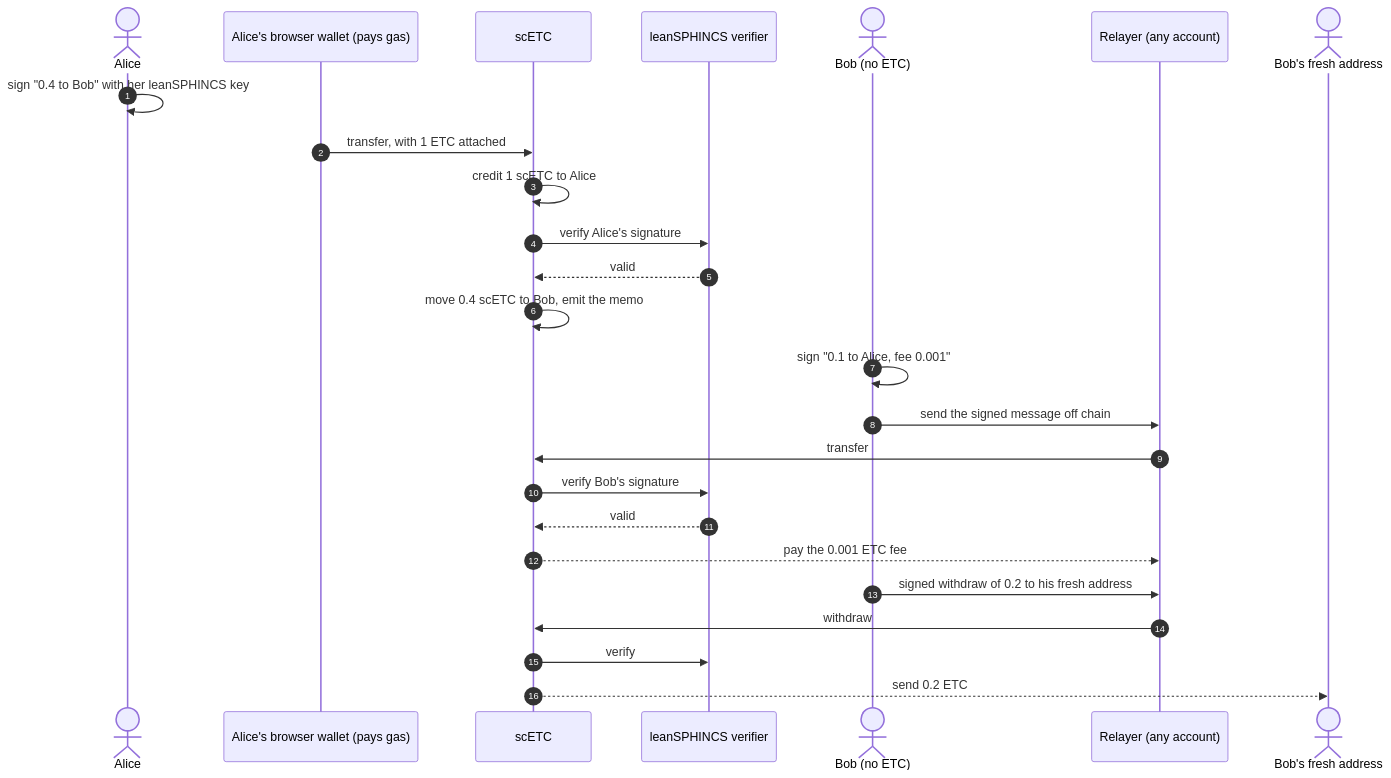
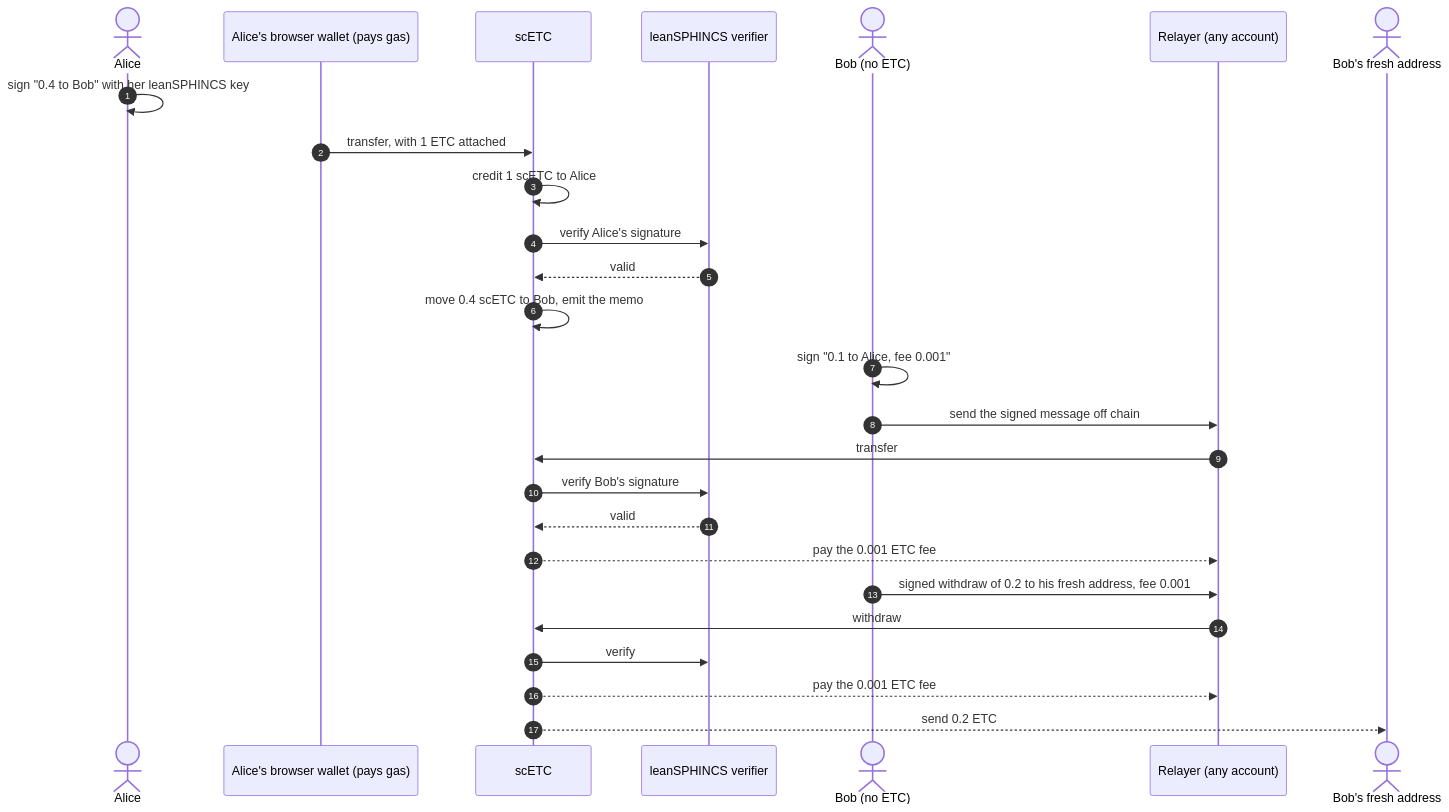
Before and after one commit to classix-dev/skinnyCAT: the diagram in README.md, drawn with Mermaid.

Commit message:
README: Bob's withdrawal pays the relayer a fee too

````diff
--- a/README.md
+++ b/README.md
@@ -25,30 +25,31 @@
 ```mermaid
 sequenceDiagram
     autonumber
     actor Alice
     participant AW as Alice's browser wallet (pays gas)
     participant L as scETC
     participant V as leanSPHINCS verifier
     actor Bob as Bob (no ETC)
     participant R as Relayer (any account)
     actor Fresh as Bob's fresh address
 
     Alice->>Alice: sign "0.4 to Bob" with her leanSPHINCS key
     AW->>L: transfer, with 1 ETC attached
     L->>L: credit 1 scETC to Alice
     L->>V: verify Alice's signature
     V-->>L: valid
     L->>L: move 0.4 scETC to Bob, emit the memo
 
     Bob->>Bob: sign "0.1 to Alice, fee 0.001"
     Bob->>R: send the signed message off chain
     R->>L: transfer
     L->>V: verify Bob's signature
     V-->>L: valid
     L-->>R: pay the 0.001 ETC fee
 
-    Bob->>R: signed withdraw of 0.2 to his fresh address
+    Bob->>R: signed withdraw of 0.2 to his fresh address, fee 0.001
     R->>L: withdraw
     L->>V: verify
+    L-->>R: pay the 0.001 ETC fee
     L-->>Fresh: send 0.2 ETC
 ```
````
